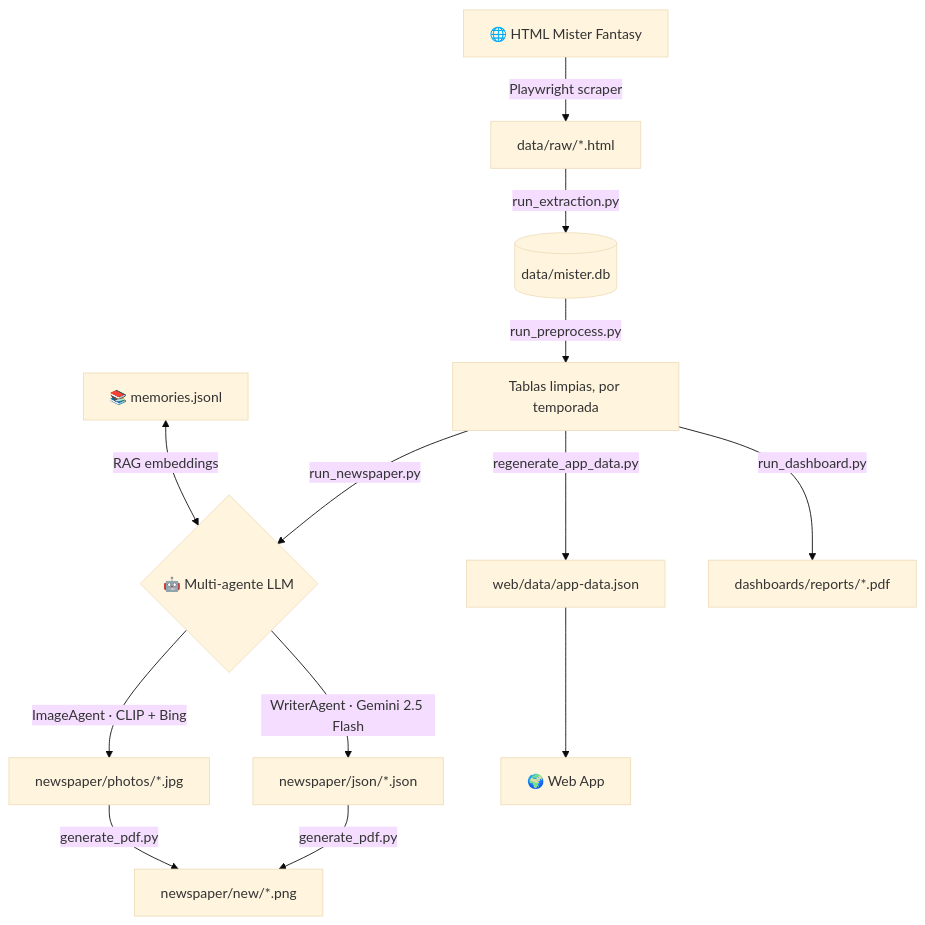
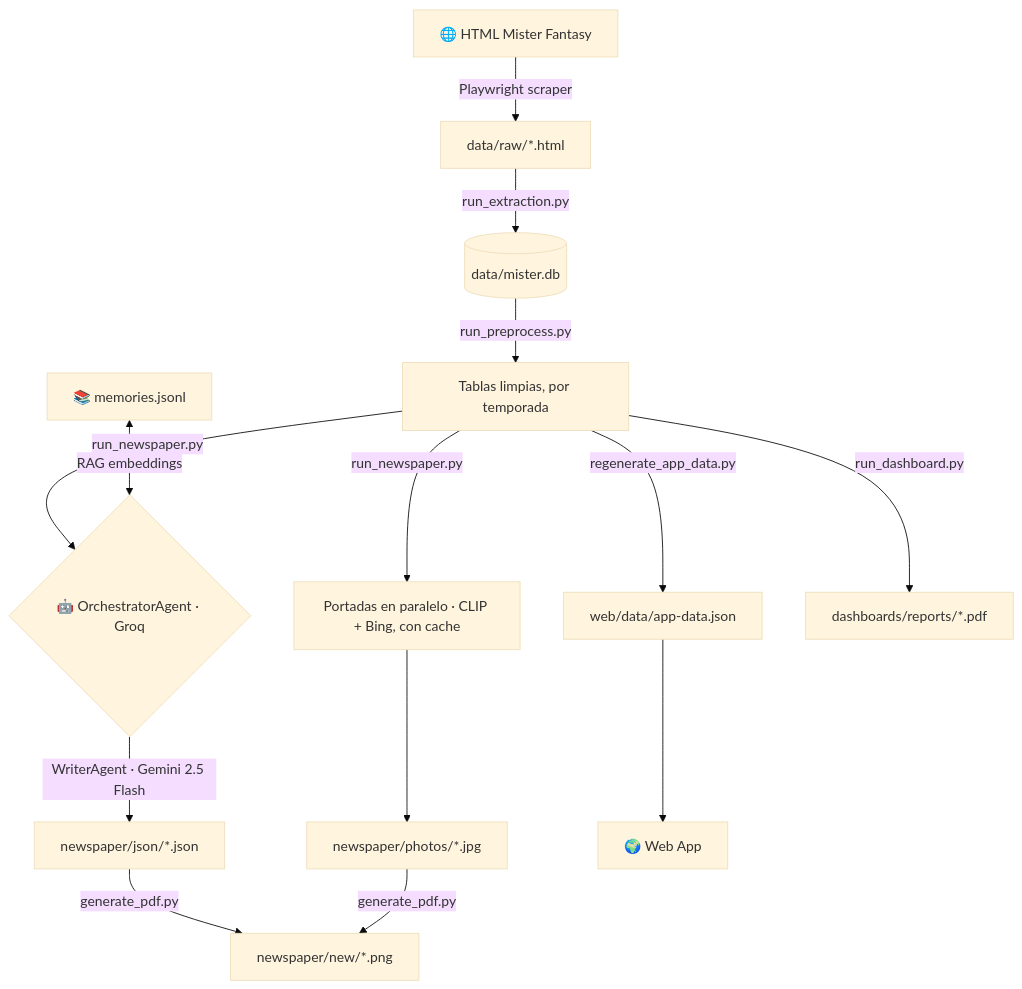
One commit to javica98/MisterFantasy_analytics changed the diagram in docs/index.md. Above: the diagram before and after it, drawn with Mermaid (base theme). The commit also changed other lines of this file and 40 other files, not shown here.

````diff
--- a/docs/index.md
+++ b/docs/index.md
@@ -29,18 +29,19 @@
 ```mermaid
 graph TD
     A[🌐 HTML Mister Fantasy] -->|Playwright scraper| B[data/raw/*.html]
     B -->|run_extraction.py| C[(data/mister.db)]
     C -->|run_preprocess.py| D[Tablas limpias, por temporada]
 
-    D -->|run_newspaper.py| E{🤖 Multi-agente LLM}
+    D -->|run_newspaper.py| P[Portadas en paralelo · CLIP + Bing, con cache]
+    P --> G[newspaper/photos/*.jpg]
+    D -->|run_newspaper.py| E{🤖 OrchestratorAgent · Groq}
     E -->|WriterAgent · Gemini 2.5 Flash| F[newspaper/json/*.json]
-    E -->|ImageAgent · CLIP + Bing| G[newspaper/photos/*.jpg]
     F & G -->|generate_pdf.py| H[newspaper/new/*.png]
 
     D -->|regenerate_app_data.py| I[web/data/app-data.json]
     I --> J[🌍 Web App]
 
     D -->|run_dashboard.py| K[dashboards/reports/*.pdf]
 
     L[📚 memories.jsonl] <-->|RAG embeddings| E
 ```
````
